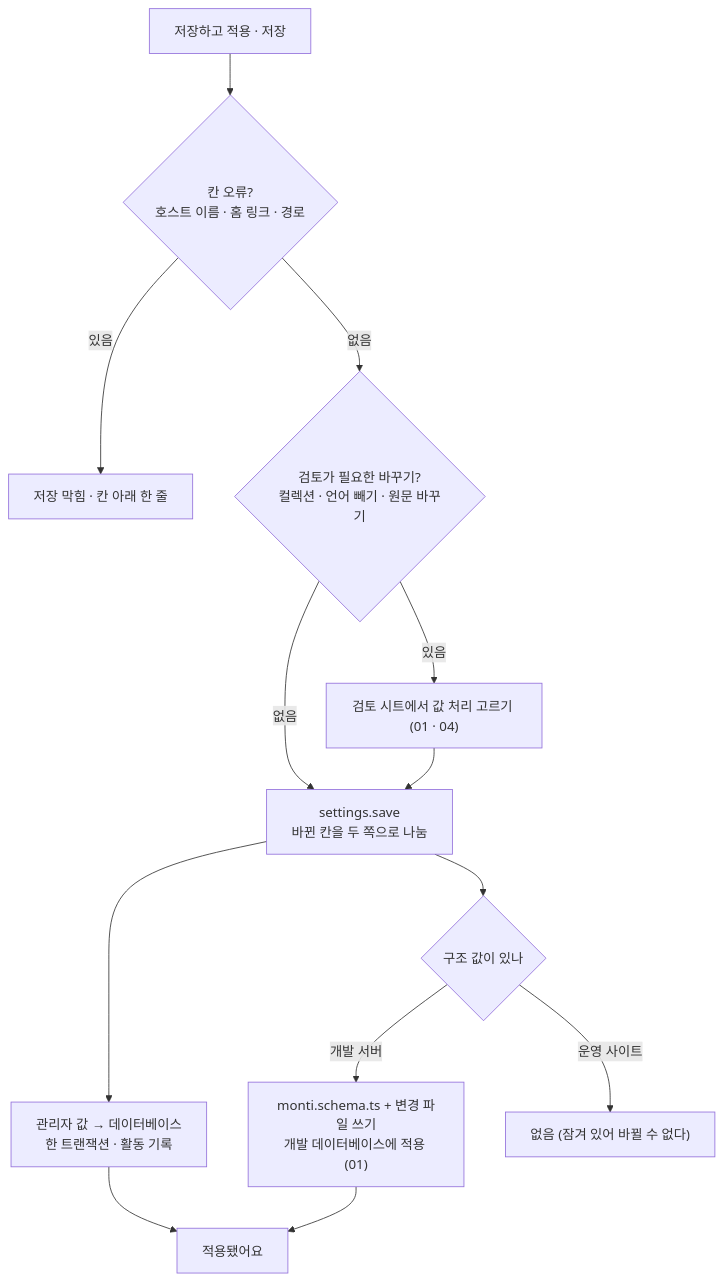
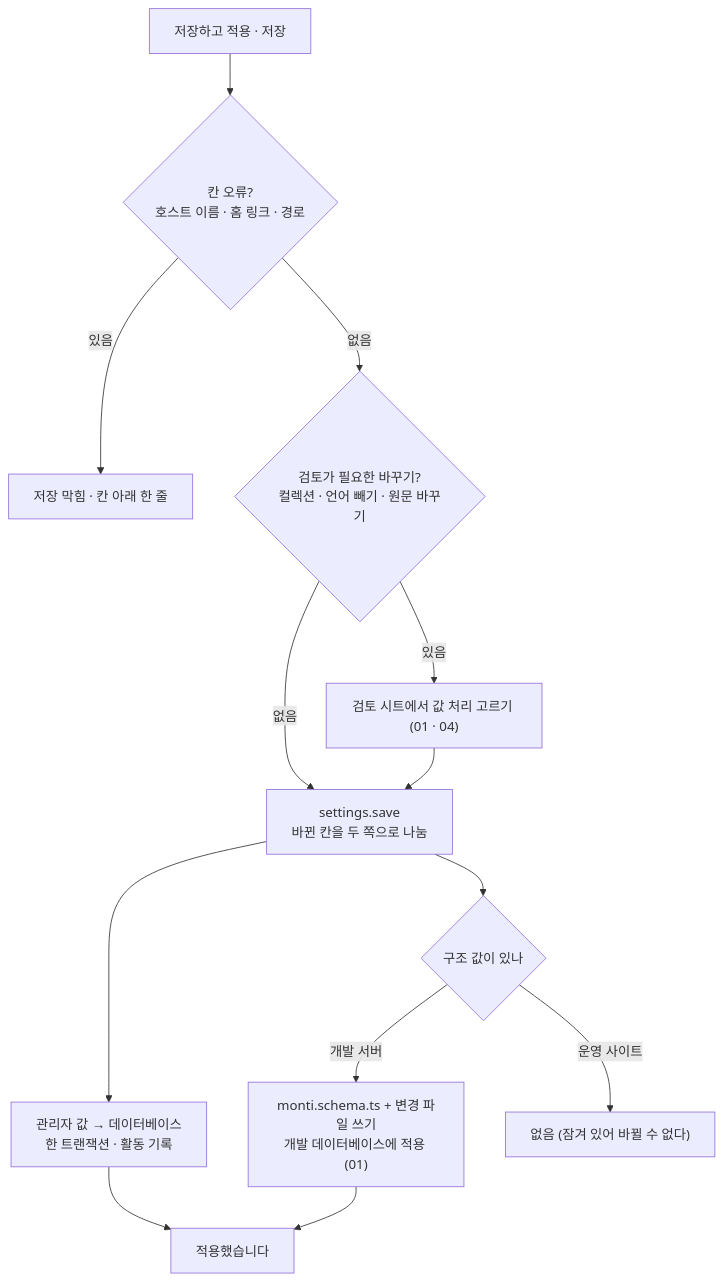
Before and after one commit to monti-cms/monti: the diagram in docs/design/features/12-settings.md, drawn with Mermaid. The commit also changed other lines of this file and 63 other files, not shown here.

````diff
--- a/docs/design/features/12-settings.md
+++ b/docs/design/features/12-settings.md
@@ -45,15 +45,15 @@
 ```mermaid
 flowchart TD
   S["저장하고 적용 · 저장"] --> CK{"칸 오류?<br/>호스트 이름 · 홈 링크 · 경로"}
   CK -->|있음| BL["저장 막힘 · 칸 아래 한 줄"]
   CK -->|없음| RV{"검토가 필요한 바꾸기?<br/>컬렉션 · 언어 빼기 · 원문 바꾸기"}
   RV -->|있음| SH["검토 시트에서 값 처리 고르기 (01 · 04)"]
   RV -->|없음| SP
   SH --> SP["settings.save<br/>바뀐 칸을 두 쪽으로 나눔"]
   SP --> DB["관리자 값 → 데이터베이스<br/>한 트랜잭션 · 활동 기록"]
   SP --> FILE{"구조 값이 있나"}
   FILE -->|개발 서버| W["monti.schema.ts + 변경 파일 쓰기<br/>개발 데이터베이스에 적용 (01)"]
   FILE -->|운영 사이트| X["없음 (잠겨 있어 바뀔 수 없다)"]
-  DB --> OK["적용됐어요"]
+  DB --> OK["적용했습니다"]
   W --> OK
 ```
````
